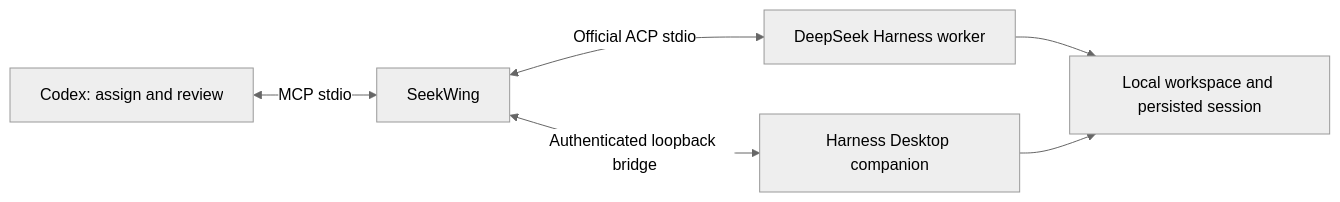
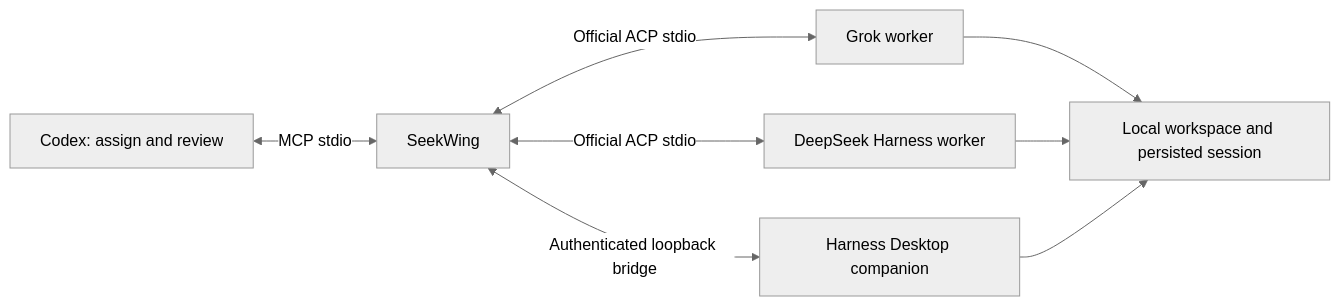
Before and after one commit to heyzeyu/seekwing: the diagram in README.md, drawn with Mermaid (neutral theme). The commit also changed other lines of this file and 26 other files, not shown here.

Commit message:
feat: add Grok ACP backend with persistent task routing

````diff
--- a/README.md
+++ b/README.md
@@ -15,8 +15,10 @@
 ```mermaid
 flowchart LR
     C[Codex: assign and review] <-->|MCP stdio| S[SeekWing]
     S <-->|Official ACP stdio| H[DeepSeek Harness worker]
     S <-->|Authenticated loopback bridge| D[Harness Desktop companion]
-    H --> W[Local workspace and persisted session]
+    S <-->|Official ACP stdio| G[Grok worker]
+    G --> W[Local workspace and persisted session]
+    H --> W
     D --> W
 ```
````
